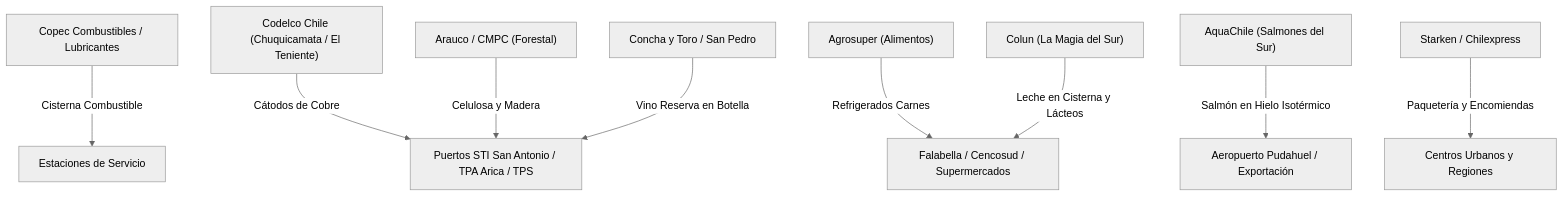
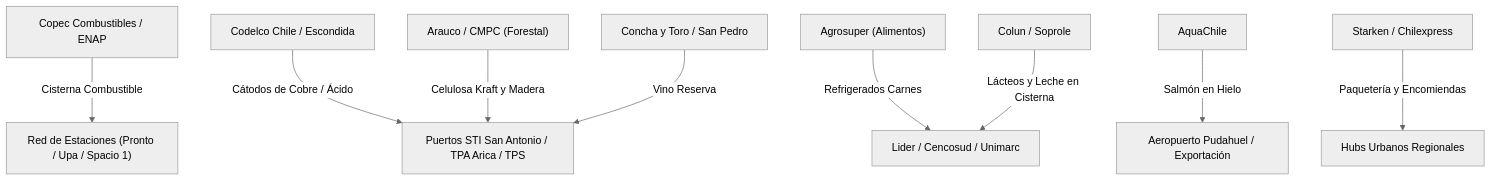
One commit to JorgeFreire95/Transporte_Austral changed the third of 3 diagrams in README.md. Above: the diagram before and after it, drawn with Mermaid (neutral theme). The commit also changed other lines of this file and 878 other files, not shown here.

````diff
--- a/README.md
+++ b/README.md
@@ -110,11 +242,11 @@
 ```mermaid
 graph TD
-    Copec["Copec Combustibles / Lubricantes"] -->|Cisterna Combustible| Shell["Estaciones de Servicio"]
-    Codelco["Codelco Chile (Chuquicamata / El Teniente)"] -->|Cátodos de Cobre| Puertos["Puertos STI San Antonio / TPA Arica / TPS"]
-    Arauco["Arauco / CMPC (Forestal)"] -->|Celulosa y Madera| Puertos
-    Agrosuper["Agrosuper (Alimentos)"] -->|Refrigerados Carnes| Retail["Falabella / Cencosud / Supermercados"]
-    Colun["Colun (La Magia del Sur)"] -->|Leche en Cisterna y Lácteos| Retail
-    AquaChile["AquaChile (Salmones del Sur)"] -->|Salmón en Hielo Isotérmico| Aeropuerto["Aeropuerto Pudahuel / Exportación"]
-    Viñas["Concha y Toro / San Pedro"] -->|Vino Reserva en Botella| Puertos
-    Starken["Starken / Chilexpress"] -->|Paquetería y Encomiendas| HubLogistico["Centros Urbanos y Regiones"]
+    Copec["Copec Combustibles / ENAP"] -->|Cisterna Combustible| Shell["Red de Estaciones (Pronto / Upa / Spacio 1)"]
+    Codelco["Codelco Chile / Escondida"] -->|Cátodos de Cobre / Ácido| Puertos["Puertos STI San Antonio / TPA Arica / TPS"]
+    Arauco["Arauco / CMPC (Forestal)"] -->|Celulosa Kraft y Madera| Puertos
+    Agrosuper["Agrosuper (Alimentos)"] -->|Refrigerados Carnes| Retail["Lider / Cencosud / Unimarc"]
+    Colun["Colun / Soprole"] -->|Lácteos y Leche en Cisterna| Retail
+    AquaChile["AquaChile"] -->|Salmón en Hielo| Aeropuerto["Aeropuerto Pudahuel / Exportación"]
+    Vinas["Concha y Toro / San Pedro"] -->|Vino Reserva| Puertos
+    Starken["Starken / Chilexpress"] -->|Paquetería y Encomiendas| HubLogistico["Hubs Urbanos Regionales"]
 ```
````
